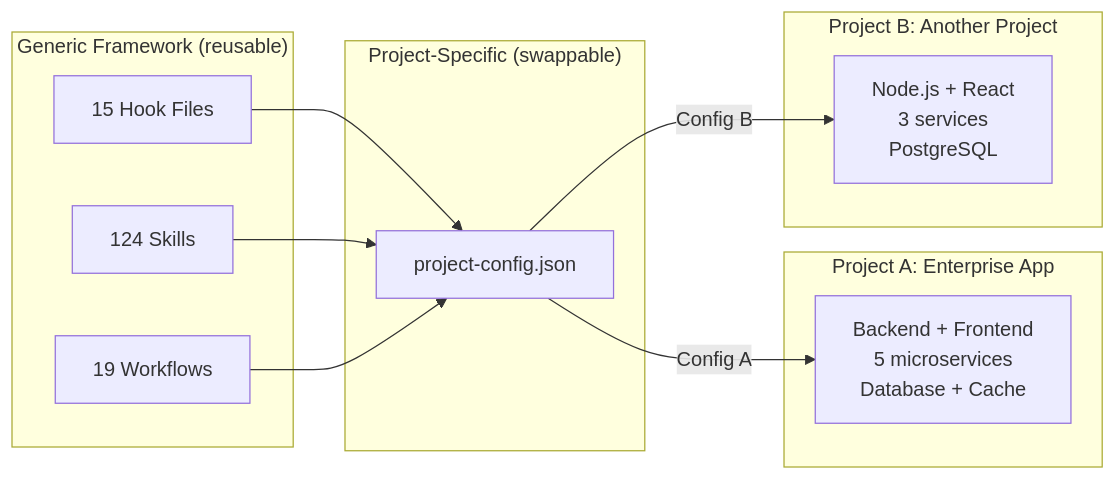
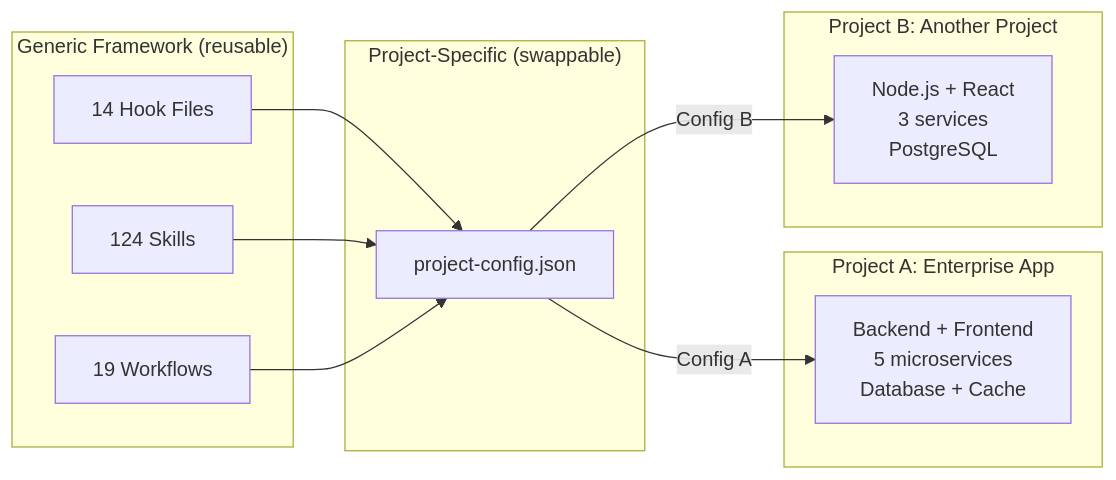
The eighth of 20 diagrams in .claude/docs/claude-ai-agent-framework-guide.md (duc01226/easy-claude), drawn with Mermaid before and after one commit. The commit also changed other lines of this file and 111 other files, not shown here.

````diff
--- a/.claude/docs/claude-ai-agent-framework-guide.md
+++ b/.claude/docs/claude-ai-agent-framework-guide.md
@@ -900,24 +899,24 @@
 ```mermaid
 graph LR
     subgraph "Generic Framework (reusable)"
-        H[15 Hook Files]
+        H[14 Hook Files]
         S[124 Skills]
         W[19 Workflows]
     end
 
     subgraph "Project-Specific (swappable)"
         PC[project-config.json]
     end
 
     subgraph "Project A: Enterprise App"
         PA[Backend + Frontend<br/>5 microservices<br/>Database + Cache]
     end
 
     subgraph "Project B: Another Project"
         PB[Node.js + React<br/>3 services<br/>PostgreSQL]
     end
 
     H & S & W --> PC
     PC -->|Config A| PA
     PC -->|Config B| PB
 ```
````
